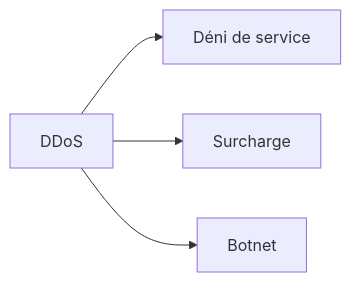
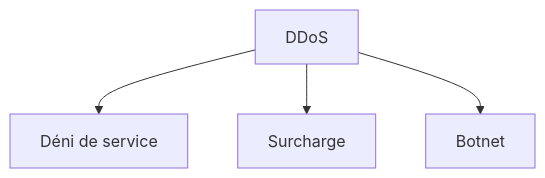
Before and after one commit to zyrass/omnydocs: diagram 11 of 42 in docs/glossaire/cybersecurite.md, drawn with Mermaid. The commit also changed other lines of this file and 1780 other files, not shown here.

````diff
--- a/docs/glossaire/cybersecurite.md
+++ b/docs/glossaire/cybersecurite.md
@@ -229,6 +275,6 @@
-    ```mermaid
-    graph LR
-        A[DDoS] --> B[Déni de service]
-        A --> C[Surcharge]
-        A --> D[Botnet]
-    ```
+```mermaid
+graph TB
+    A[DDoS] --> B[Déni de service]
+    A --> C[Surcharge]
+    A --> D[Botnet]
+```
````
